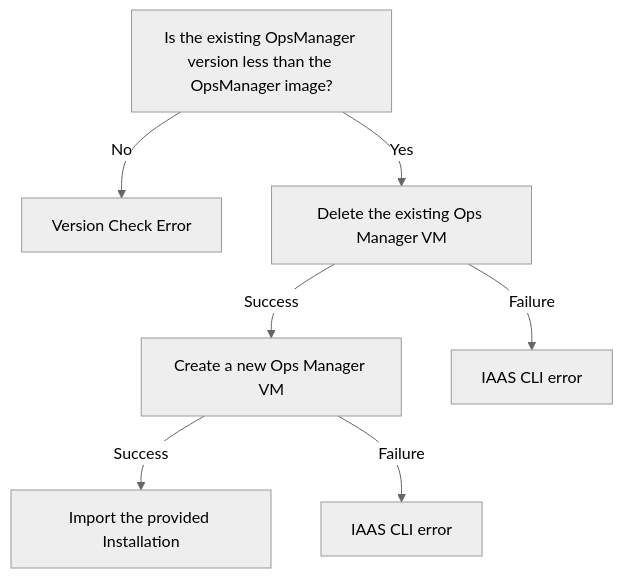
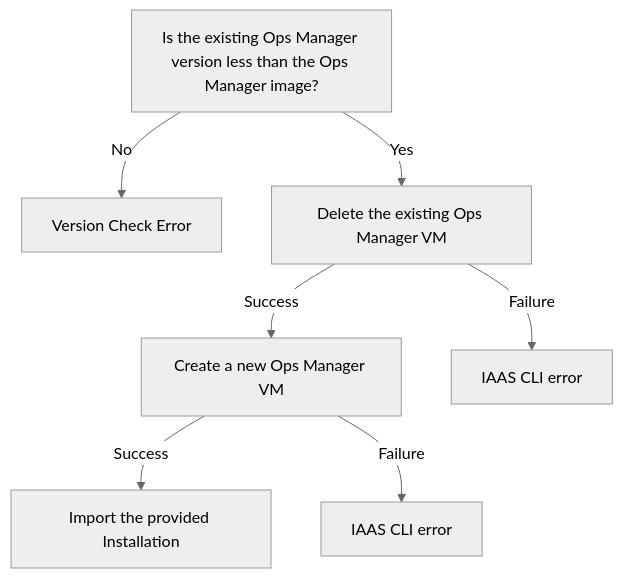
The diagram in docs/upgrade-flowchart.mmd (pivotal/docs-platform-automation), drawn with Mermaid (neutral theme) before and after one commit. The commit also changed 17 other files, not shown here.

First line of the commit message:
OpsManager should be Ops Manager, as per other Pivotal documentation

```diff
--- a/docs/upgrade-flowchart.mmd
+++ b/docs/upgrade-flowchart.mmd
@@ -1,16 +1,16 @@
 <div class="mermaid">
 graph TD;
-  versionChk[Is the existing OpsManager version less than the OpsManager image?];
+  versionChk[Is the existing Ops Manager version less than the Ops Manager image?];
   versionError[Version Check Error];
   delete[Delete the existing Ops Manager VM];
   create[Create a new Ops Manager VM];
   iaasErr[IAAS CLI error];
   import[Import the provided Installation];
   iaasErr2[IAAS CLI error];
   versionChk -- No --> versionError;
   versionChk -- Yes --> delete;
   delete -- Success --> create;
   delete -- Failure --> iaasErr;
   create -- Success --> import ;
   create -- Failure --> iaasErr2;
 </div>
```
